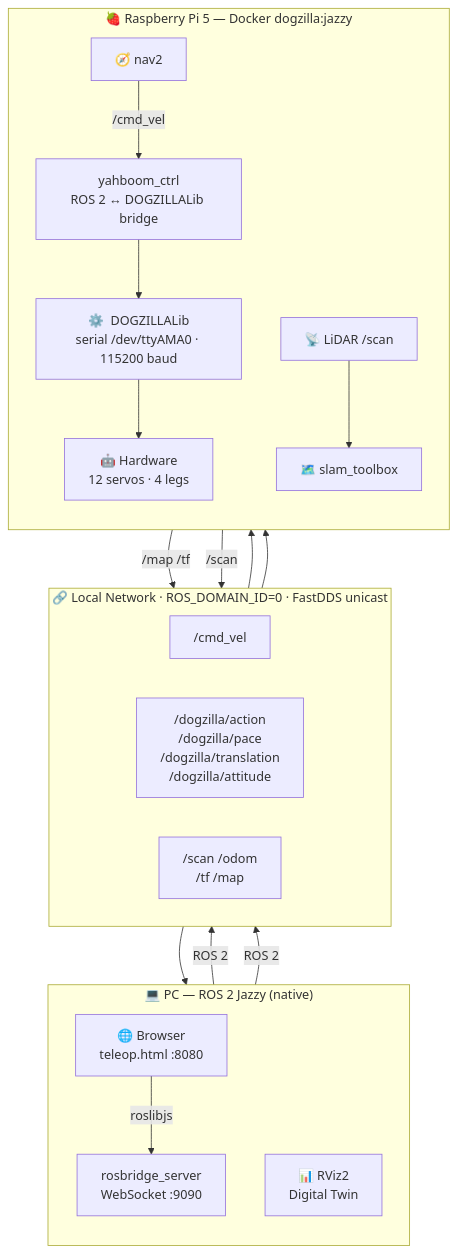
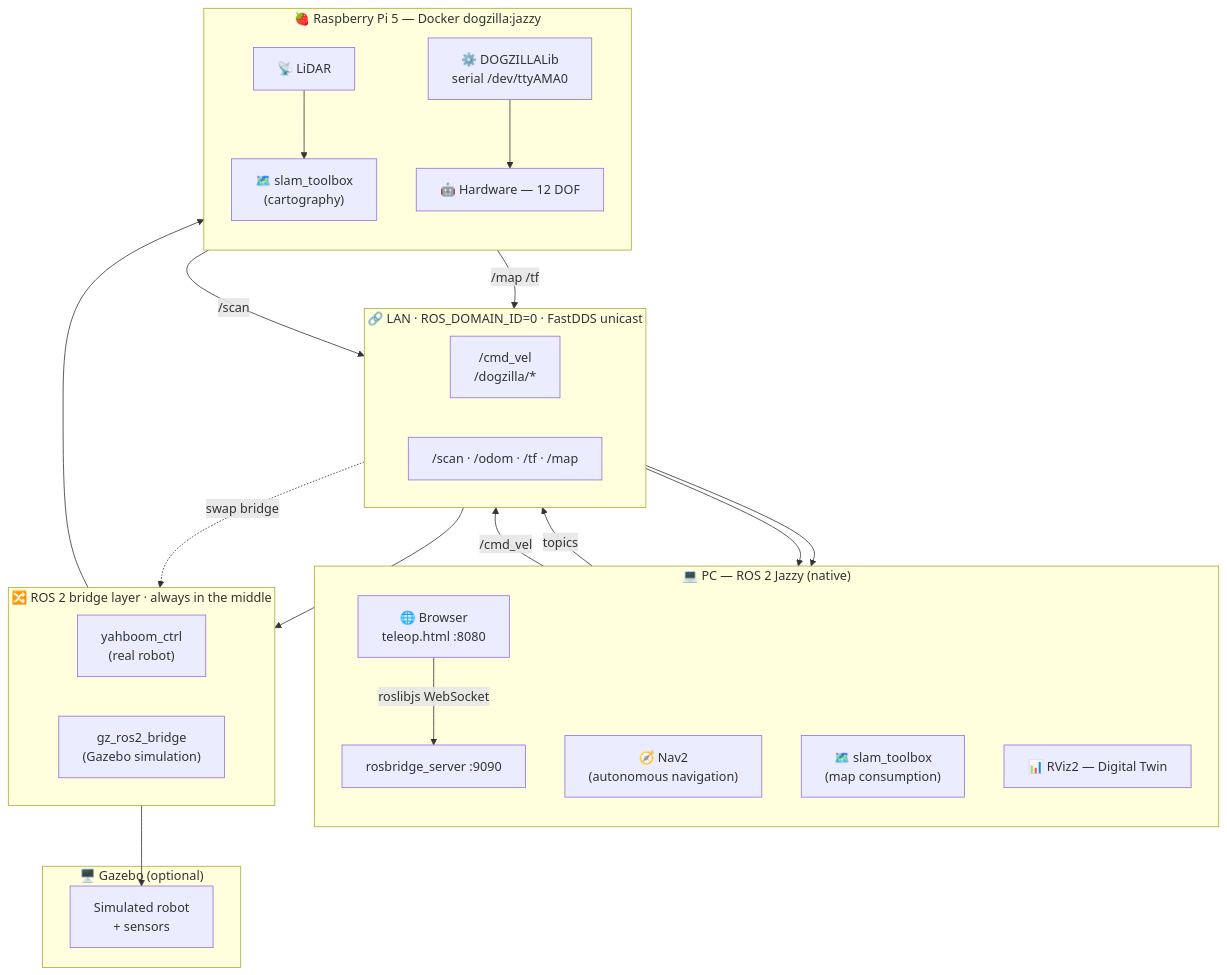
Before and after one commit to auCamelia/dogzilla: the diagram in README.md, drawn with Mermaid. The commit also changed other lines of this file and 3 other files, not shown here.

````diff
--- a/README.md
+++ b/README.md
@@ -22,37 +22,48 @@
 ```mermaid
 graph TB
     subgraph PC["💻  PC — ROS 2 Jazzy (native)"]
         direction TB
         Browser["🌐 Browser\nteleop.html :8080"]
-        RB["rosbridge_server\nWebSocket :9090"]
-        RViz["📊 RViz2\nDigital Twin"]
-        Browser -- roslibjs --> RB
+        RB["rosbridge_server :9090"]
+        Nav2["🧭 Nav2\n(autonomous navigation)"]
+        SLAM_PC["🗺️ slam_toolbox\n(map consumption)"]
+        RViz["📊 RViz2 — Digital Twin"]
+        Browser -- roslibjs WebSocket --> RB
     end
 
-    subgraph NET["🔗  Local Network  ·  ROS_DOMAIN_ID=0  ·  FastDDS unicast"]
+    subgraph BRIDGE["🔀  ROS 2 bridge layer  ·  always in the middle"]
         direction LR
-        T1["/cmd_vel"]
-        T2["/dogzilla/action\n/dogzilla/pace\n/dogzilla/translation\n/dogzilla/attitude"]
-        T3["/scan  /odom\n/tf   /map"]
+        B1["yahboom_ctrl\n(real robot)"]
+        B2["gz_ros2_bridge\n(Gazebo simulation)"]
+    end
+
+    subgraph NET["🔗  LAN · ROS_DOMAIN_ID=0 · FastDDS unicast"]
+        direction LR
+        T1["/cmd_vel\n/dogzilla/*"]
+        T2["/scan · /odom · /tf · /map"]
     end
 
     subgraph PI["🍓  Raspberry Pi 5 — Docker dogzilla:jazzy"]
         direction TB
-        CTRL["yahboom_ctrl\nROS 2 ↔ DOGZILLALib bridge"]
-        LIB["⚙️  DOGZILLALib\nserial /dev/ttyAMA0 · 115200 baud"]
-        HW["🤖  Hardware\n12 servos · 4 legs"]
-        SLAM["🗺️  slam_toolbox"]
-        NAV["🧭  nav2"]
-        LIDAR["📡  LiDAR  /scan"]
-
-        CTRL --> LIB --> HW
-        LIDAR --> SLAM
-        NAV -- /cmd_vel --> CTRL
+        SLAM_PI["🗺️ slam_toolbox\n(cartography)"]
+        LIB["⚙️ DOGZILLALib\nserial /dev/ttyAMA0"]
+        HW["🤖 Hardware — 12 DOF"]
+        LIDAR["📡 LiDAR"]
+        B1 --> LIB --> HW
+        LIDAR --> SLAM_PI
     end
 
-    RB -- ROS 2 --> T1 & T2
-    T1 & T2 --> CTRL
-    T3 --> RViz
-    SLAM -- /map /tf --> T3
-    LIDAR -- /scan --> T3
+    subgraph SIM["🖥️  Gazebo (optional)"]
+        GZ["Simulated robot\n+ sensors"]
+        B2 --> GZ
+    end
+
+    RB  -- topics --> T1
+    Nav2 -- /cmd_vel --> T1
+    T1  --> B1
+    T1  -.->|swap bridge| B2
+    T2  --> RViz
+    T2  --> SLAM_PC
+    SLAM_PI -- /map /tf --> T2
+    LIDAR   -- /scan    --> T2
 ```
````
